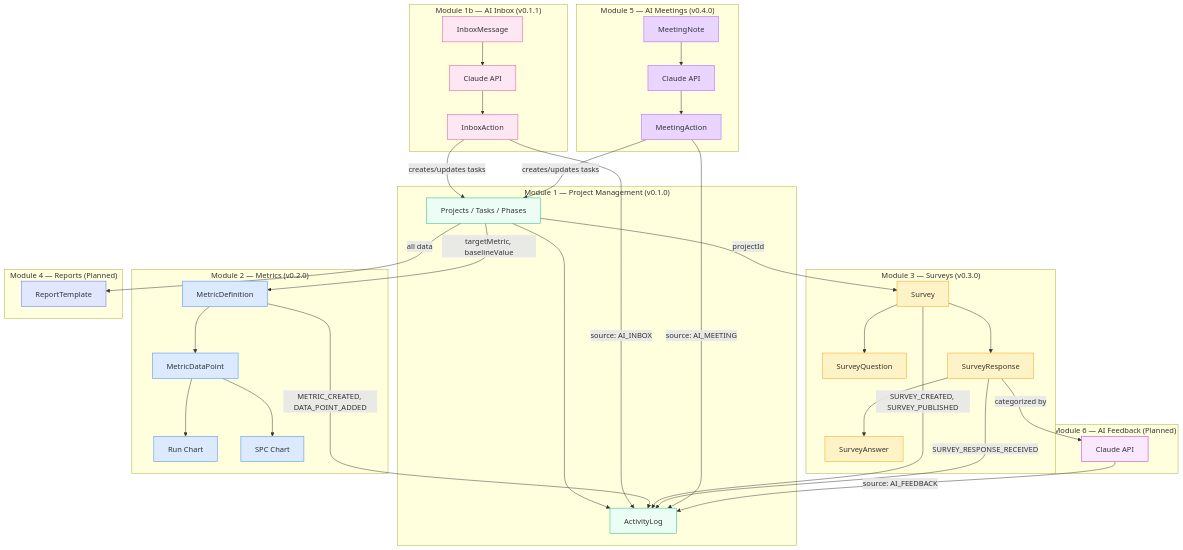
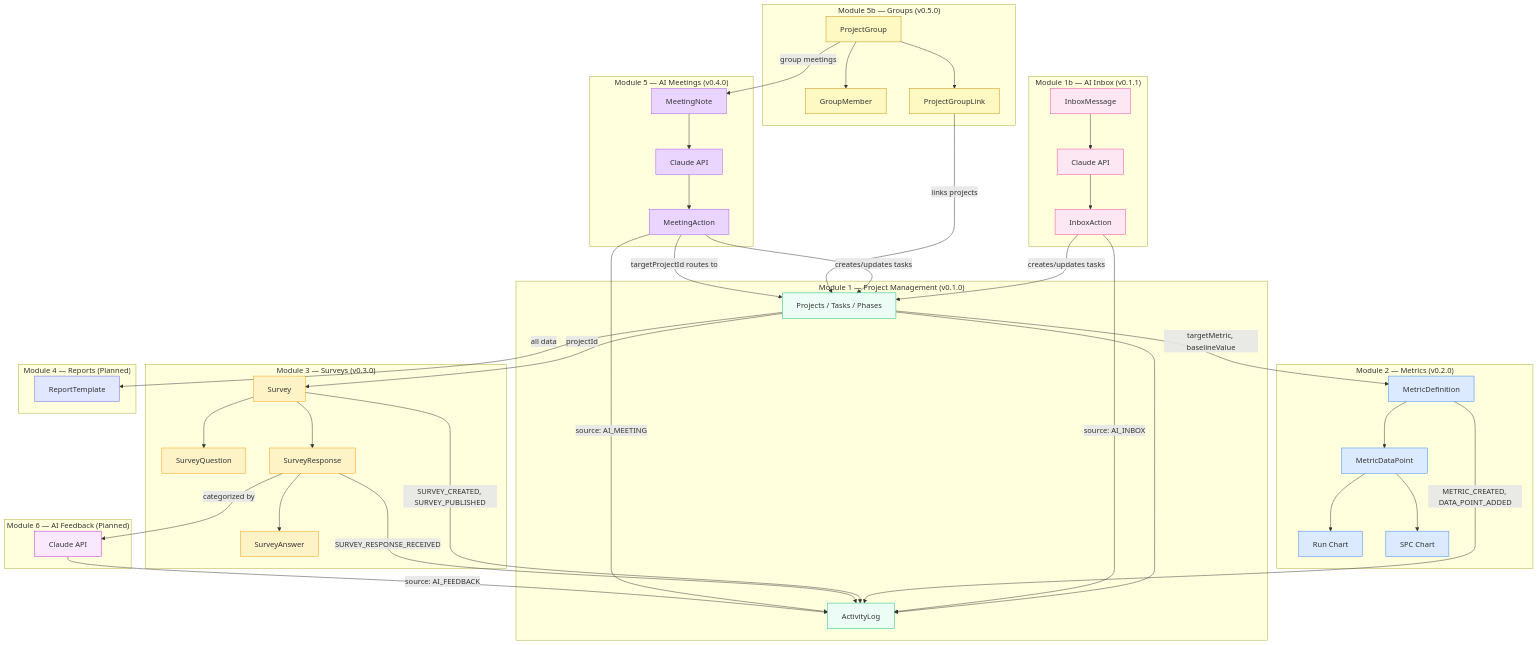
Before and after one commit to akbarherekar/QIapp: the tenth of 17 diagrams in docs/diagrams.md, drawn with Mermaid. The commit also changed other lines of this file and 41 other files, not shown here.

````diff
--- a/docs/diagrams.md
+++ b/docs/diagrams.md
@@ -662,6 +709,14 @@
         AI1 --> MA
     end
 
+    subgraph "Module 5b — Groups (v0.5.0)"
+        PG[ProjectGroup]
+        GM[GroupMember]
+        PGL[ProjectGroupLink]
+        PG --> GM
+        PG --> PGL
+    end
+
     subgraph "Module 6 — AI Feedback (Planned)"
         AI2["Claude API"]
     end
@@ -678,6 +733,9 @@
     MA -->|source: AI_MEETING| AL
     SR -->|categorized by| AI2
     AI2 -->|source: AI_FEEDBACK| AL
+    PGL -->|links projects| PM
+    PG -->|group meetings| MT
+    MA -->|targetProjectId routes to| PM
 
     style PM fill:#ecfdf5,stroke:#10b981
     style AL fill:#ecfdf5,stroke:#10b981
@@ -697,4 +755,7 @@
     style MA fill:#e9d5ff,stroke:#a855f7
     style AI1 fill:#e9d5ff,stroke:#a855f7
     style AI2 fill:#fae8ff,stroke:#c026d3
+    style PG fill:#fef9c3,stroke:#ca8a04
+    style GM fill:#fef9c3,stroke:#ca8a04
+    style PGL fill:#fef9c3,stroke:#ca8a04
 ```
````
